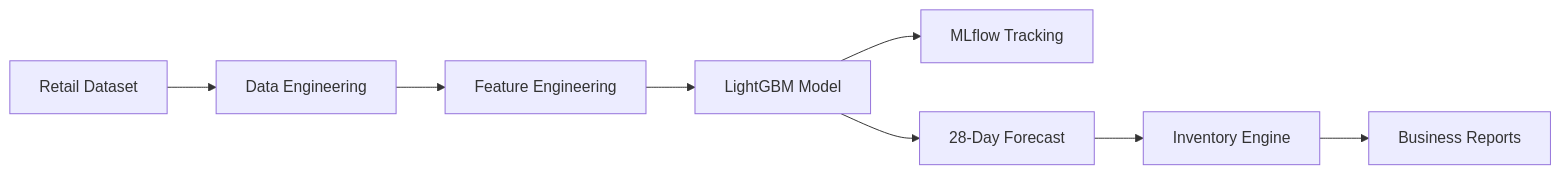
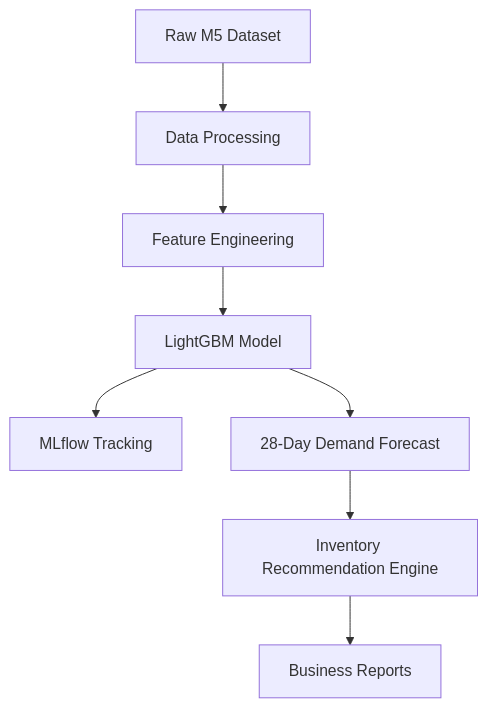
One commit to hanannazri/Intelligent-Forecasting-MLOps-Platform changed the first of 4 diagrams in README.md. Above: the diagram before and after it, drawn with Mermaid. The commit also changed other lines of this file, not shown here.

````diff
--- a/README.md
+++ b/README.md
@@ -212,15 +122,18 @@
 ```mermaid
-flowchart LR
+flowchart TD
 
-A[Retail Dataset]
---> B[Data Engineering]
---> C[Feature Engineering]
---> D[LightGBM Model]
+A[Raw M5 Dataset]
+--> B[Data Processing]
+
+B --> C[Feature Engineering]
+
+C --> D[LightGBM Model]
 
 D --> E[MLflow Tracking]
-D --> F[28-Day Forecast]
 
-F --> G[Inventory Engine]
+D --> F[28-Day Demand Forecast]
+
+F --> G[Inventory Recommendation Engine]
 
 G --> H[Business Reports]
 ```
````
